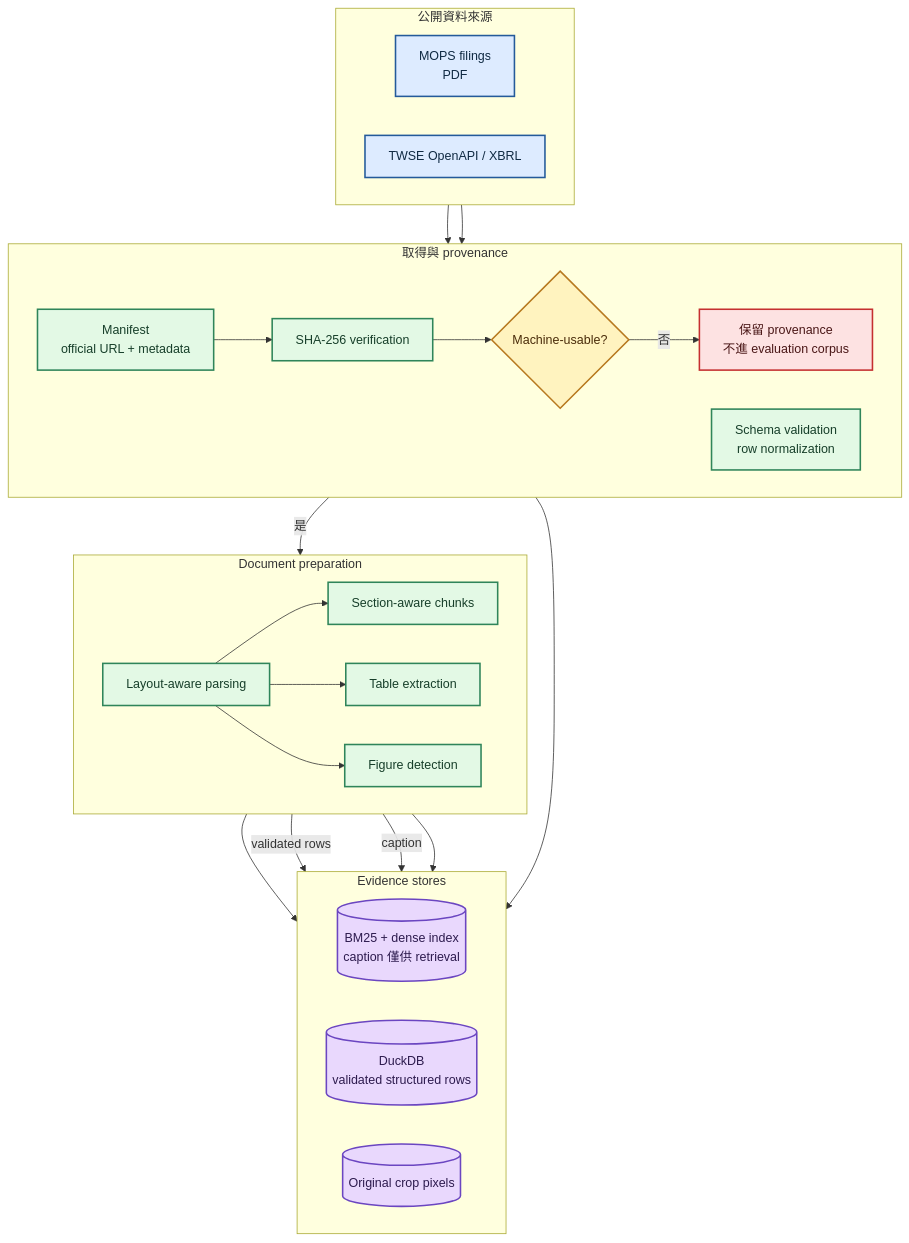
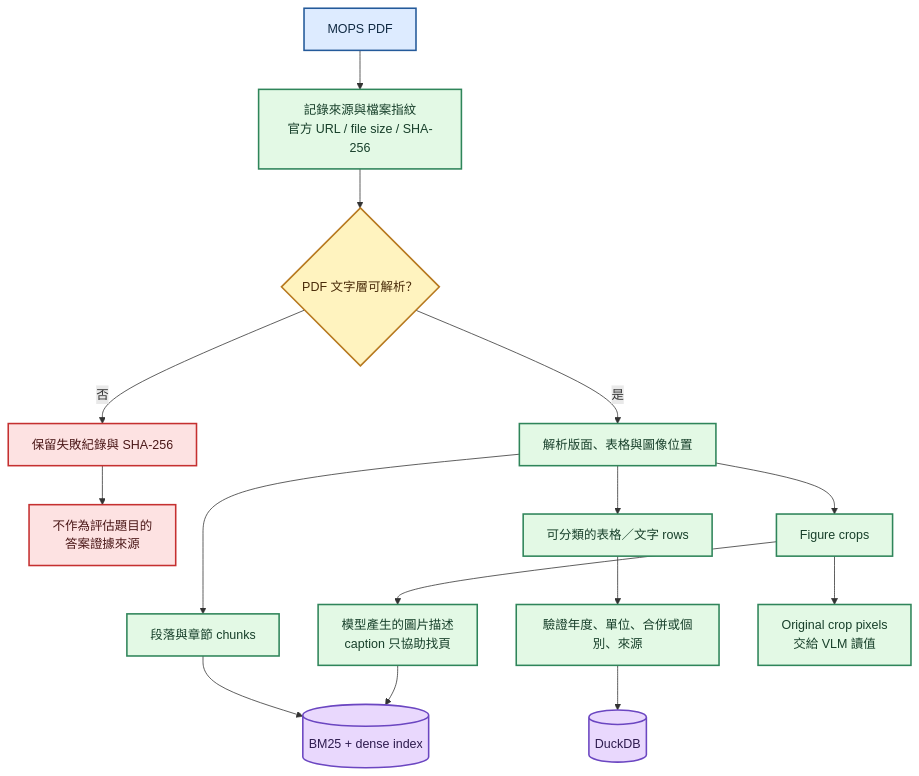
Before and after one commit to kuotunyu/tw-filing-intelligence: the first of 4 diagrams in docs/superpowers/plans/2026-08-03-readme-mermaid-diagrams.md, drawn with Mermaid. The commit also changed other lines of this file, not shown here.

Commit message:
規劃 Mermaid 清楚度修正

````diff
--- a/docs/superpowers/plans/2026-08-03-readme-mermaid-diagrams.md
+++ b/docs/superpowers/plans/2026-08-03-readme-mermaid-diagrams.md
@@ -37,54 +39,29 @@
 ```mermaid
 flowchart TD
-    subgraph Sources["公開資料來源"]
-        direction LR
-        PDF["MOPS filings<br/>PDF"]
-        Structured["TWSE OpenAPI / XBRL"]
-    end
-
-    subgraph Provenance["取得與 provenance"]
-        direction LR
-        Manifest["Manifest<br/>official URL + metadata"]
-        Hash["SHA-256 verification"]
-        Usable{"Machine-usable?"}
-        Recorded["保留 provenance<br/>不進 evaluation corpus"]
-        Schema["Schema validation<br/>row normalization"]
-    end
-
-    subgraph Preparation["Document preparation"]
-        direction LR
-        Layout["Layout-aware parsing"]
-        Chunks["Section-aware chunks"]
-        Tables["Table extraction"]
-        Figures["Figure detection"]
-    end
-
-    subgraph Evidence["Evidence stores"]
-        direction LR
-        Search[("BM25 + dense index<br/>caption 僅供 retrieval")]
-        DB[("DuckDB<br/>validated structured rows")]
-        Crops[("Original crop pixels")]
-    end
-
-    PDF --> Manifest --> Hash --> Usable
-    Usable -->|"否"| Recorded
-    Usable -->|"是"| Layout
-    Layout --> Chunks --> Search
-    Layout --> Tables -->|"validated rows"| DB
-    Layout --> Figures
-    Figures -->|"caption"| Search
-    Figures --> Crops
-    Structured --> Schema --> DB
+    PDF["MOPS PDF"] --> Record["記錄來源與檔案指紋<br/>官方 URL / file size / SHA-256"]
+    Record --> Readable{"PDF 文字層可解析？"}
+    Readable -->|"否"| Keep["保留失敗紀錄與 SHA-256"]
+    Keep --> Exclude["不作為評估題目的<br/>答案證據來源"]
+    Readable -->|"是"| Parse["解析版面、表格與圖像位置"]
+    Parse --> Chunks["段落與章節 chunks"]
+    Chunks --> Index[("BM25 + dense index")]
+    Parse --> Rows["可分類的表格／文字 rows"]
+    Rows --> Validate["驗證年度、單位、合併或個別、來源"]
+    Validate --> DB[("DuckDB")]
+    Parse --> Figures["Figure crops"]
+    Figures --> Caption["模型產生的圖片描述<br/>caption 只協助找頁"]
+    Caption --> Index
+    Figures --> Pixels["Original crop pixels<br/>交給 VLM 讀值"]
 
     classDef source fill:#DDEBFF,stroke:#245A9A,stroke-width:2px,color:#102A43
     classDef process fill:#E3F9E5,stroke:#2F855A,stroke-width:2px,color:#173F2A
     classDef decision fill:#FFF3BF,stroke:#B7791F,stroke-width:2px,color:#4A2C0A
     classDef store fill:#E9D8FD,stroke:#6B46C1,stroke-width:2px,color:#2D1B4E
     classDef excluded fill:#FDE2E2,stroke:#C53030,stroke-width:2px,color:#4A1717
 
-    class PDF,Structured source
-    class Manifest,Hash,Schema,Layout,Chunks,Tables,Figures process
-    class Usable decision
-    class Search,DB,Crops store
-    class Recorded excluded
+    class PDF source
+    class Record,Parse,Chunks,Rows,Validate,Figures,Caption,Pixels process
+    class Readable decision
+    class Index,DB store
+    class Keep,Exclude excluded
 ```
````
